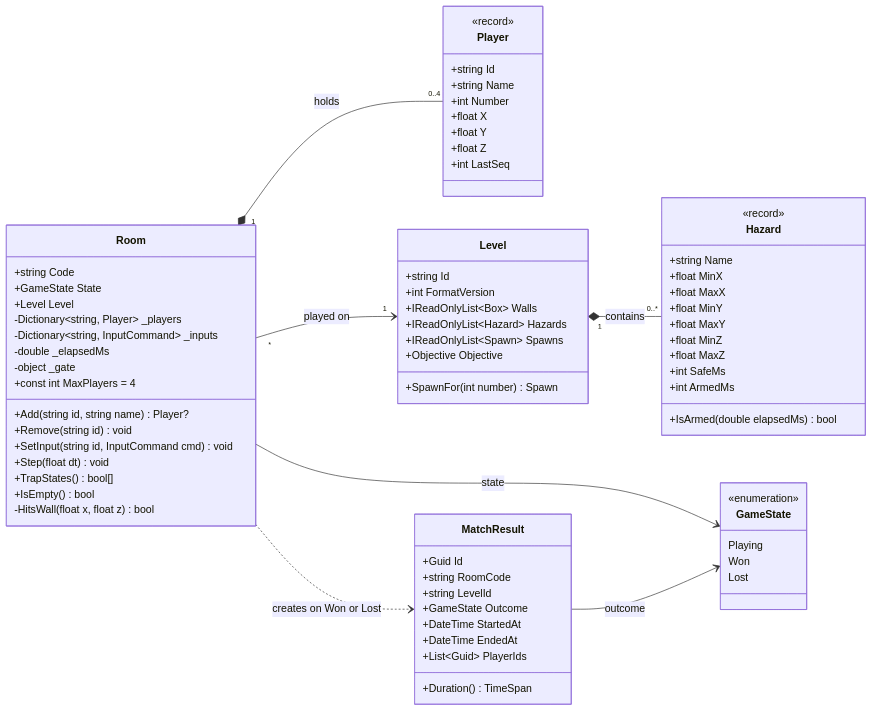
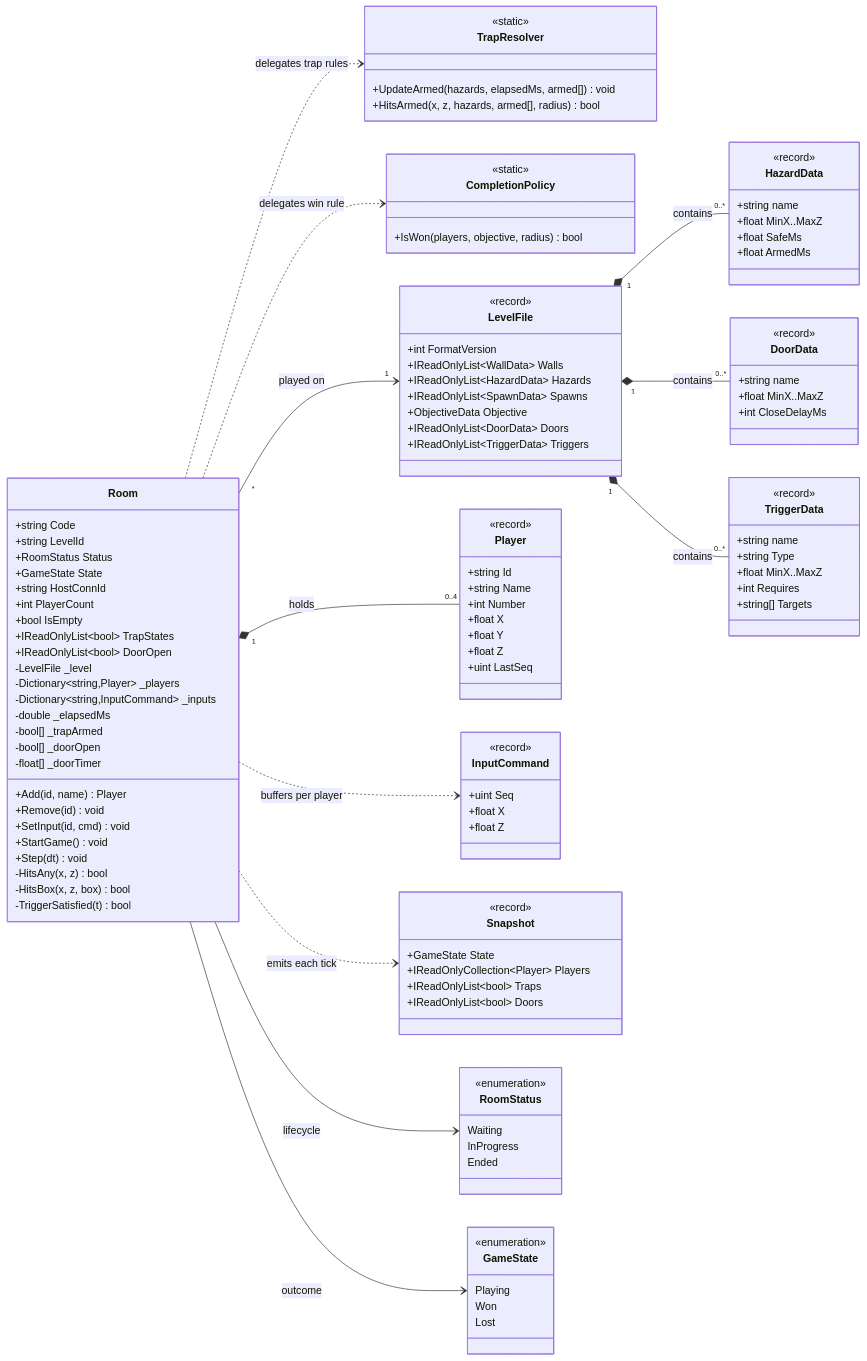
The third of 4 diagrams in README.md (esway001/cen5064-project-swayne), drawn with Mermaid before and after one commit. The commit also changed other lines of this file, not shown here.

First line of the commit message:
Enhance README with gameplay instructions and architecture details

````diff
--- a/README.md
+++ b/README.md
@@ -134,20 +150,50 @@
  
     class Room {
         +string Code
+        +string LevelId
+        +RoomStatus Status
         +GameState State
-        +Level Level
-        -Dictionary~string, Player~ _players
-        -Dictionary~string, InputCommand~ _inputs
+        +string HostConnId
+        +int PlayerCount
+        +bool IsEmpty
+        +IReadOnlyList~bool~ TrapStates
+        +IReadOnlyList~bool~ DoorOpen
+        -LevelFile _level
+        -Dictionary~string,Player~ _players
+        -Dictionary~string,InputCommand~ _inputs
         -double _elapsedMs
-        -object _gate
-        +const int MaxPlayers = 4
-        +Add(string id, string name) Player?
-        +Remove(string id) void
-        +SetInput(string id, InputCommand cmd) void
-        +Step(float dt) void
-        +TrapStates() bool[]
-        +IsEmpty() bool
-        -HitsWall(float x, float z) bool
+        -bool[] _trapArmed
+        -bool[] _doorOpen
+        -float[] _doorTimer
+        +Add(id, name) Player
+        +Remove(id) void
+        +SetInput(id, cmd) void
+        +StartGame() void
+        +Step(dt) void
+        -HitsAny(x, z) bool
+        -HitsBox(x, z, box) bool
+        -TriggerSatisfied(t) bool
+    }
+ 
+    class TrapResolver {
+        <<static>>
+        +UpdateArmed(hazards, elapsedMs, armed[]) void
+        +HitsArmed(x, z, hazards, armed[], radius) bool
+    }
+    class CompletionPolicy {
+        <<static>>
+        +IsWon(players, objective, radius) bool
+    }
+ 
+    class LevelFile {
+        <<record>>
+        +int FormatVersion
+        +IReadOnlyList~WallData~ Walls
+        +IReadOnlyList~HazardData~ Hazards
+        +IReadOnlyList~SpawnData~ Spawns
+        +ObjectiveData Objective
+        +IReadOnlyList~DoorData~ Doors
+        +IReadOnlyList~TriggerData~ Triggers
     }
  
     class Player {
@@ -158,44 +204,50 @@
         +float X
         +float Y
         +float Z
-        +int LastSeq
+        +uint LastSeq
+    }
+    class InputCommand {
+        <<record>>
+        +uint Seq
+        +float X
+        +float Z
+    }
+    class Snapshot {
+        <<record>>
+        +GameState State
+        +IReadOnlyCollection~Player~ Players
+        +IReadOnlyList~bool~ Traps
+        +IReadOnlyList~bool~ Doors
     }
  
-    class Level {
-        +string Id
-        +int FormatVersion
-        +IReadOnlyList~Box~ Walls
-        +IReadOnlyList~Hazard~ Hazards
-        +IReadOnlyList~Spawn~ Spawns
-        +Objective Objective
-        +SpawnFor(int number) Spawn
+    class HazardData {
+        <<record>>
+        +string name
+        +float MinX..MaxZ
+        +float SafeMs
+        +float ArmedMs
+    }
+    class DoorData {
+        <<record>>
+        +string name
+        +float MinX..MaxZ
+        +int CloseDelayMs
+    }
+    class TriggerData {
+        <<record>>
+        +string name
+        +string Type
+        +float MinX..MaxZ
+        +int Requires
+        +string[] Targets
     }
  
-    class Hazard {
-        <<record>>
-        +string Name
-        +float MinX
-        +float MaxX
-        +float MinY
-        +float MaxY
-        +float MinZ
-        +float MaxZ
-        +int SafeMs
-        +int ArmedMs
-        +IsArmed(double elapsedMs) bool
+    class RoomStatus {
+        <<enumeration>>
+        Waiting
+        InProgress
+        Ended
     }
- 
-    class MatchResult {
-        +Guid Id
-        +string RoomCode
-        +string LevelId
-        +GameState Outcome
-        +DateTime StartedAt
-        +DateTime EndedAt
-        +List~Guid~ PlayerIds
-        +Duration() TimeSpan
-    }
- 
     class GameState {
         <<enumeration>>
         Playing
@@ -204,9 +256,14 @@
     }
  
     Room "1" *-- "0..4" Player : holds
-    Room "*" --> "1" Level : played on
-    Level "1" *-- "0..*" Hazard : contains
-    Room --> GameState : state
-    Room ..> MatchResult : creates on Won or Lost
-    MatchResult --> GameState : outcome
+    Room "*" --> "1" LevelFile : played on
+    Room ..> TrapResolver : delegates trap rules
+    Room ..> CompletionPolicy : delegates win rule
+    Room --> RoomStatus : lifecycle
+    Room --> GameState : outcome
+    Room ..> Snapshot : emits each tick
+    Room ..> InputCommand : buffers per player
+    LevelFile "1" *-- "0..*" HazardData : contains
+    LevelFile "1" *-- "0..*" DoorData : contains
+    LevelFile "1" *-- "0..*" TriggerData : contains
 ```
````
